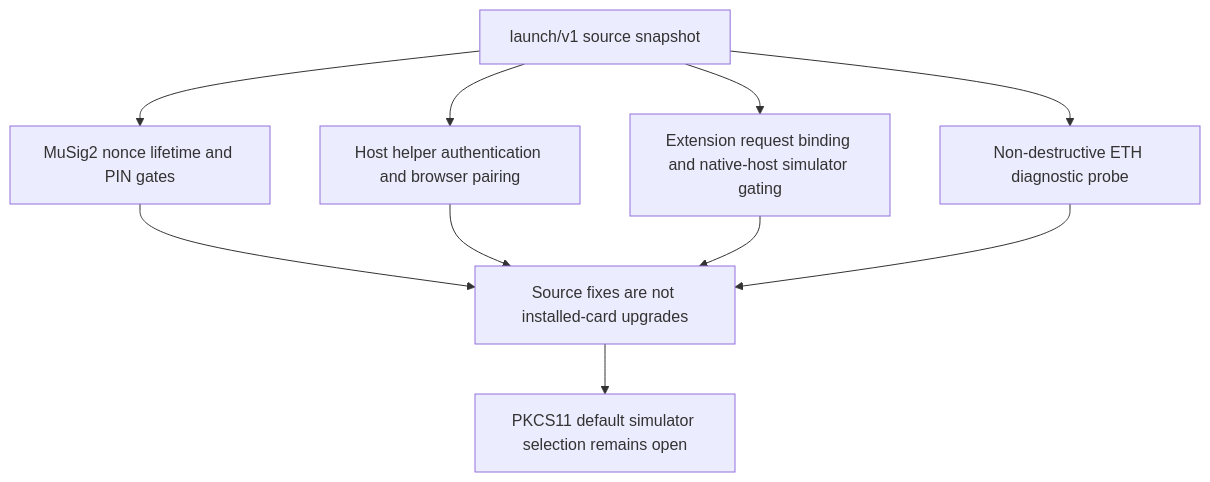
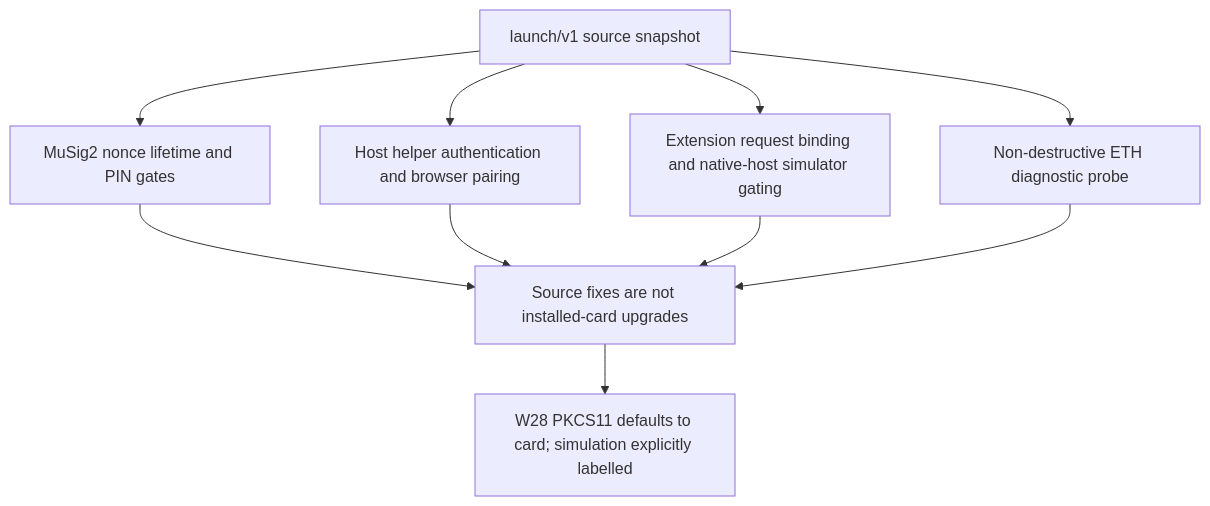
Before and after one commit to nuri-com/nuri-passkey-prf-smartcard: the diagram in docs/security-advisories.md, drawn with Mermaid. The commit also changed other lines of this file and 12 other files, not shown here.

````diff
--- a/docs/security-advisories.md
+++ b/docs/security-advisories.md
@@ -3,12 +3,12 @@
 ```mermaid
 flowchart TD
   L[launch/v1 source snapshot] --> N[MuSig2 nonce lifetime and PIN gates]
   L --> H[Host helper authentication and browser pairing]
   L --> E[Extension request binding and native-host simulator gating]
   L --> K[Non-destructive ETH diagnostic probe]
   N --> V[Source fixes are not installed-card upgrades]
   H --> V
   E --> V
   K --> V
-  V --> O[PKCS11 default simulator selection remains open]
+  V --> O[W28 PKCS11 defaults to card; simulation explicitly labelled]
 ```
````
